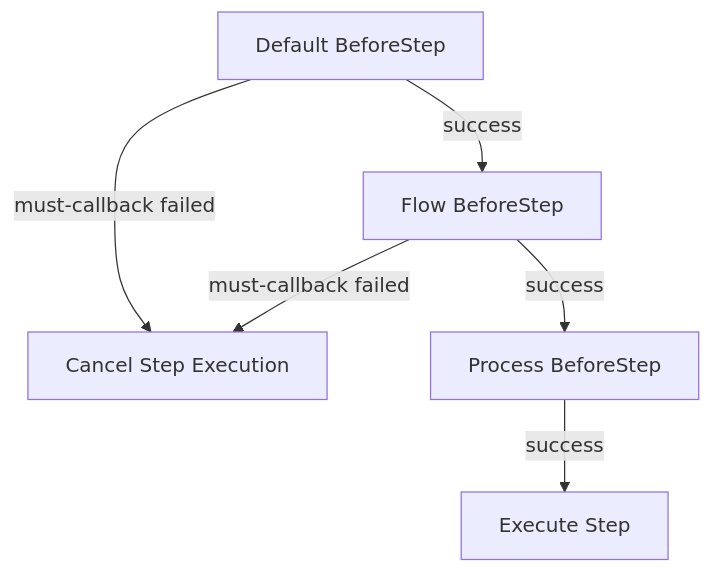
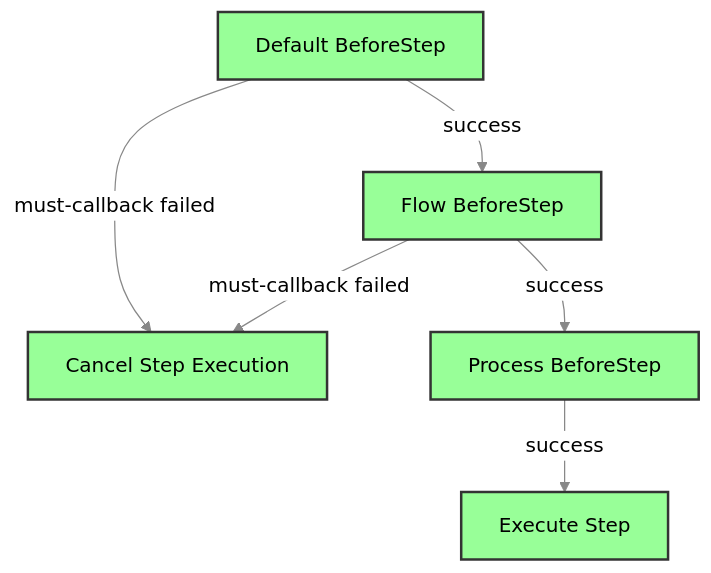
One commit to Bilibotter/light-flow changed the second of 3 diagrams in docs/Callback.en.md. Above: the diagram before and after it, drawn with Mermaid. The commit also changed other lines of this file and 11 other files, not shown here.

````diff
--- a/docs/Callback.en.md
+++ b/docs/Callback.en.md
@@ -176,9 +179,12 @@
 ```mermaid
+%%{init: {'theme': 'neutral', 'themeVariables': { 'primaryColor': '#333', 'lineColor': '#333', 'textColor': 'black' } } }%%
 flowchart TB
     H[Cancel Step Execution]
     A -->|must-callback failed| H
     A[Default BeforeStep] -->|success| B[Flow BeforeStep]
     B -->|must-callback failed| H
     B -->|success| C[Process BeforeStep]
-    C --> |success| D[Execute Step]   
+    C --> |success| D[Execute Step] 
+linkStyle default stroke:#888888
+classDef default fill:#98FF98,stroke:#333,stroke-width:2px;
 ```
````
